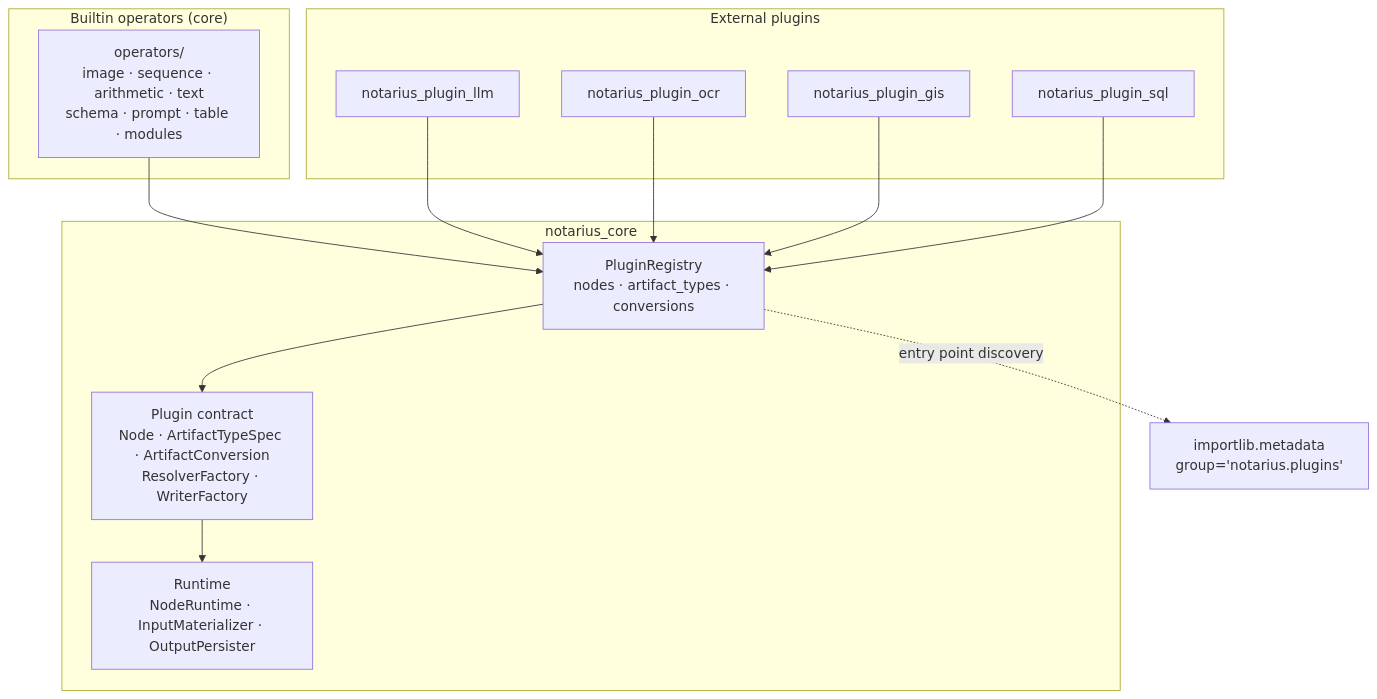
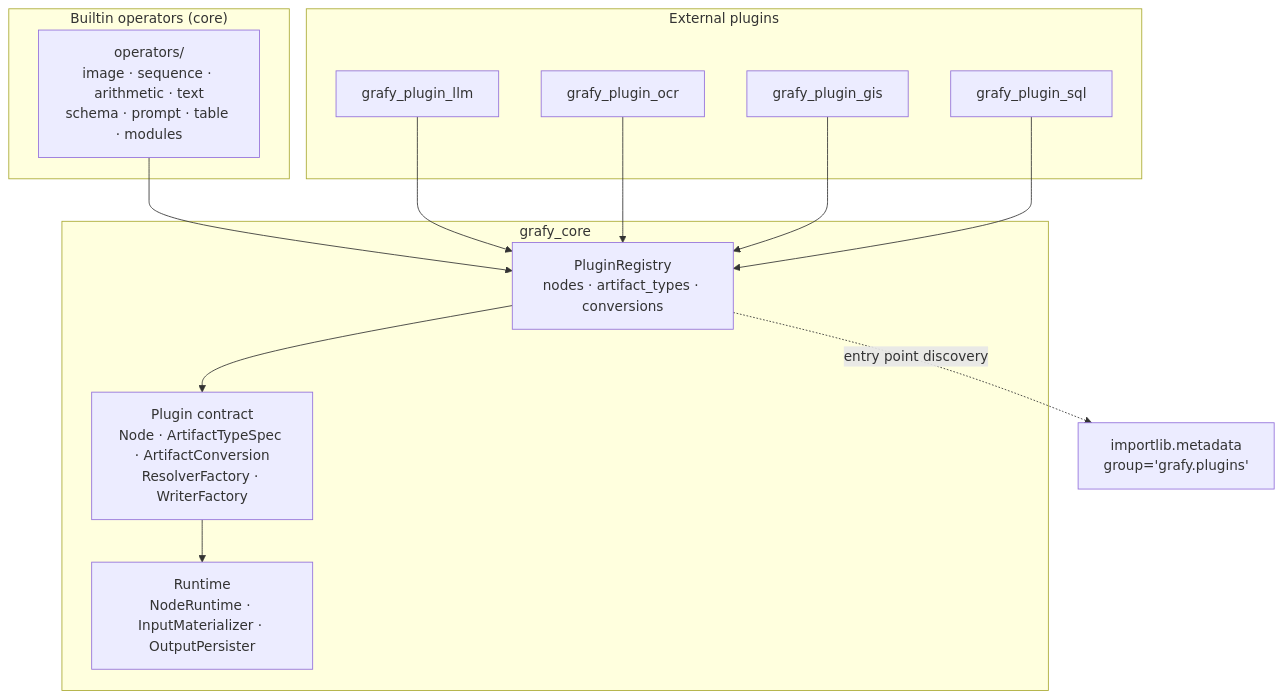
Before and after one commit to artpods56/KUL_IDUB_EcclesialSchematisms: the sixth of 13 diagrams in docs/design/backend-architecture.md, drawn with Mermaid. The commit also changed other lines of this file and 575 other files, not shown here.

Commit message:
refactor: rename Notarius to Grafy

````diff
--- a/docs/design/backend-architecture.md
+++ b/docs/design/backend-architecture.md
@@ -236,26 +236,26 @@
 ```mermaid
 flowchart TB
-    subgraph Core["notarius_core"]
+    subgraph Core["grafy_core"]
         Registry["PluginRegistry\nnodes · artifact_types · conversions"]
         Contract["Plugin contract\nNode · ArtifactTypeSpec · ArtifactConversion\nResolverFactory · WriterFactory"]
         Runtime["Runtime\nNodeRuntime · InputMaterializer · OutputPersister"]
     end
     subgraph Builtin["Builtin operators (core)"]
         Ops["operators/\nimage · sequence · arithmetic · text\nschema · prompt · table · modules"]
     end
     subgraph External["External plugins"]
-        LLM["notarius_plugin_llm"]
-        OCR["notarius_plugin_ocr"]
-        GIS["notarius_plugin_gis"]
-        SQL["notarius_plugin_sql"]
+        LLM["grafy_plugin_llm"]
+        OCR["grafy_plugin_ocr"]
+        GIS["grafy_plugin_gis"]
+        SQL["grafy_plugin_sql"]
     end
 
     Ops --> Registry
     LLM --> Registry
     OCR --> Registry
     GIS --> Registry
     SQL --> Registry
     Registry --> Contract
     Contract --> Runtime
-    Registry -. "entry point discovery" .-> EntryPoints["importlib.metadata\ngroup='notarius.plugins'"]
+    Registry -. "entry point discovery" .-> EntryPoints["importlib.metadata\ngroup='grafy.plugins'"]
 ```
````
